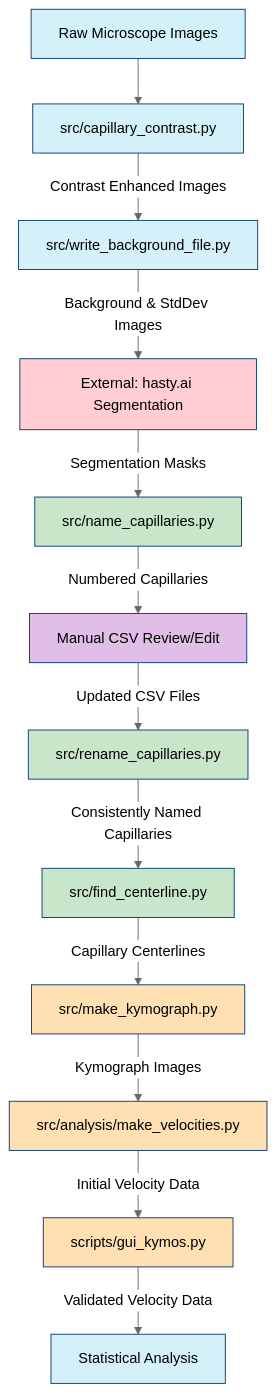
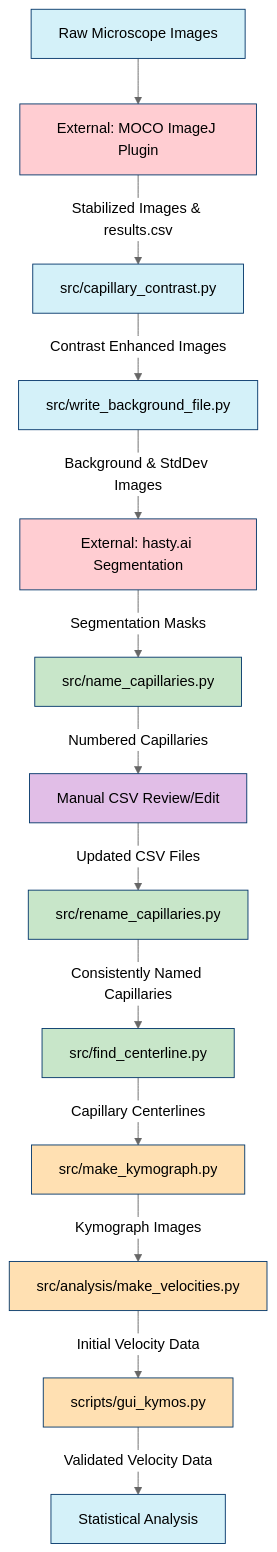
Before and after one commit to gt8mar/capillary-flow: the diagram in diagrams/capillary_flow_pipeline.md, drawn with Mermaid (neutral theme). The commit also changed 3 other files, not shown here.

````diff
--- a/diagrams/capillary_flow_pipeline.md
+++ b/diagrams/capillary_flow_pipeline.md
@@ -1,33 +1,34 @@
 ```mermaid
 flowchart TD
     %% Image Preprocessing
-    A[Raw Microscope Images] --> B[src/capillary_contrast.py]
+    A[Raw Microscope Images] --> AA[External: MOCO ImageJ Plugin]
+    AA -->|Stabilized Images & results.csv| B[src/capillary_contrast.py]
     B -->|Contrast Enhanced Images| C[src/write_background_file.py]
     C -->|Background & StdDev Images| D[External: hasty.ai Segmentation]
     
     %% Capillary Identification
     D -->|Segmentation Masks| E[src/name_capillaries.py]
     E -->|Numbered Capillaries| F[Manual CSV Review/Edit]
     F -->|Updated CSV Files| G[src/rename_capillaries.py]
     G -->|Consistently Named Capillaries| H[src/find_centerline.py]
     
     %% Flow Analysis
     H -->|Capillary Centerlines| I[src/make_kymograph.py]
     I -->|Kymograph Images| J[src/analysis/make_velocities.py]
     J -->|Initial Velocity Data| K[scripts/gui_kymos.py]
     K -->|Validated Velocity Data| L[Statistical Analysis]
     
     %% Styling
     classDef preprocessing fill:#d4f1f9,stroke:#05386b
     classDef identification fill:#c8e6c9,stroke:#05386b
     classDef analysis fill:#ffe0b2,stroke:#05386b
     classDef manual fill:#e1bee7,stroke:#05386b
     classDef external fill:#ffcdd2,stroke:#05386b
     
     class A,B,C preprocessing
-    class D external
+    class AA,D external
     class E,G,H identification
     class F manual
     class I,J,K analysis
     class L preprocessing
 ``` 
````
